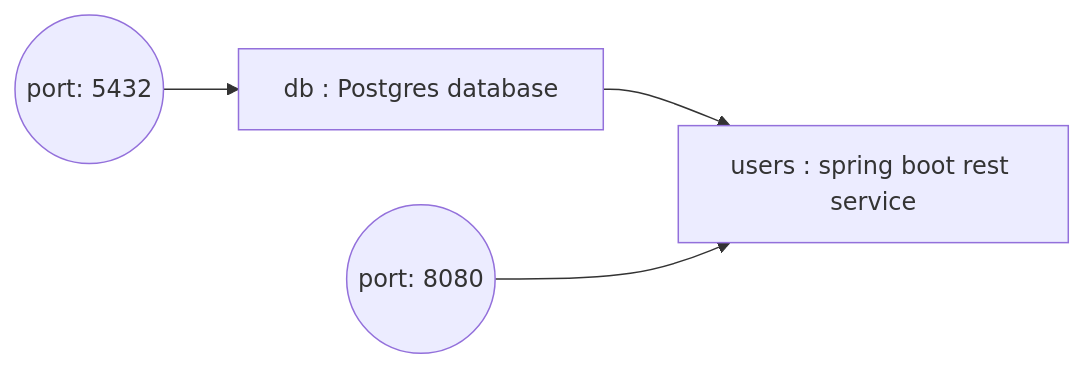
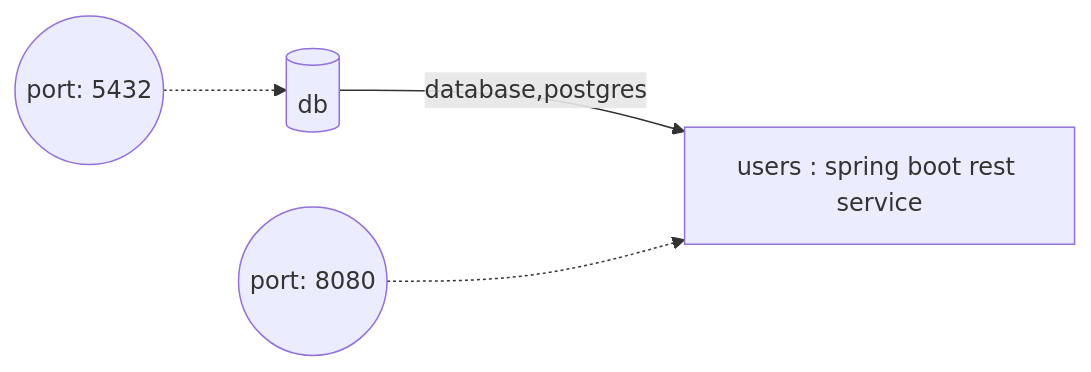
One commit to marcusblackhall/userservice changed the diagram in readme.md. Above: the diagram before and after it, drawn with Mermaid.

Commit message:
Change mermaid diagram in readme

````diff
--- a/readme.md
+++ b/readme.md
@@ -80,7 +80,7 @@
 ```mermaid
 flowchart LR
-  db[db : Postgres database] --> users
-  port1((port: 8080)) --> users
-  port2((port: 5432)) --> db
+  db[(db)] --> |database,postgres |users
+  port1((port: 8080)) .-> users
+  port2((port: 5432)) .-> db
   users[users : spring boot rest service]
 ```
````
